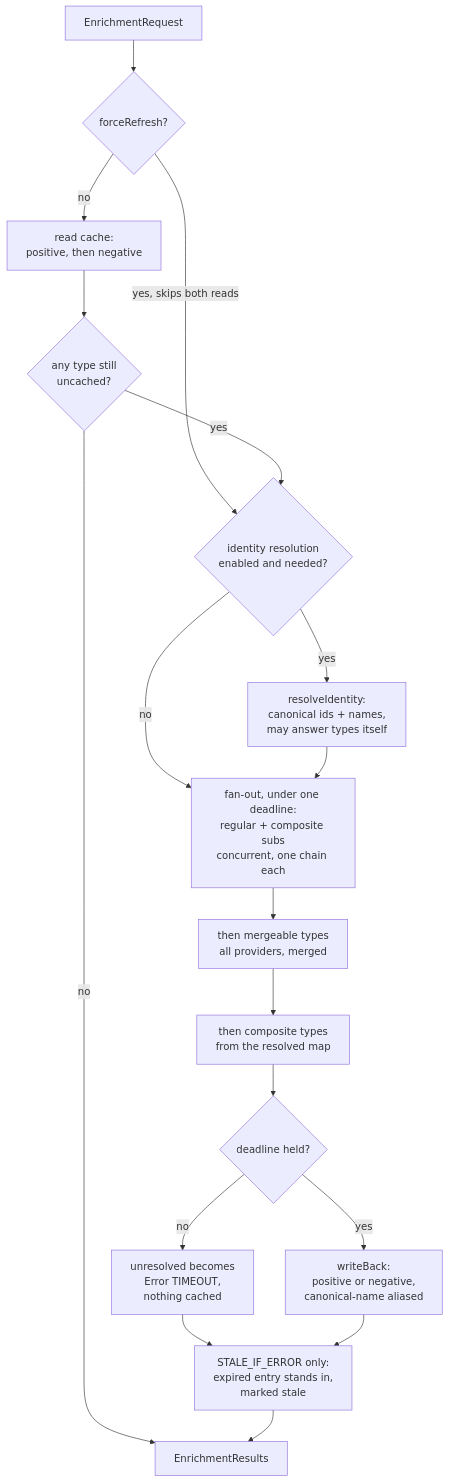
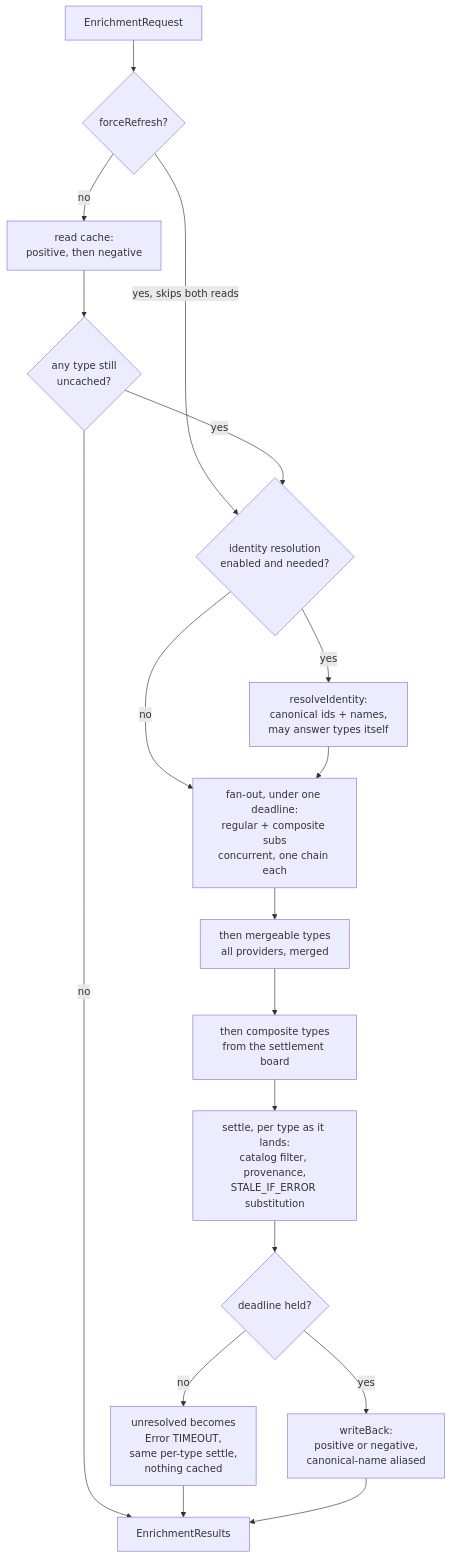
The second of 3 diagrams in ARCHITECTURE.md (famesjranko/musicmeta), drawn with Mermaid before and after one commit. The commit also changed other lines of this file and 7 other files, not shown here.

````diff
--- a/ARCHITECTURE.md
+++ b/ARCHITECTURE.md
@@ -95,23 +95,23 @@
 ```mermaid
 flowchart TD
     req["EnrichmentRequest"] --> force{"forceRefresh?"}
     force -->|"yes, skips both reads"| ident
     force -->|no| cacheread["read cache:<br/>positive, then negative"]
     cacheread --> anyleft{"any type still<br/>uncached?"}
     anyleft -->|no| results
     anyleft -->|yes| ident{"identity resolution<br/>enabled and needed?"}
     ident -->|no| regular
     ident -->|yes| resolve["resolveIdentity:<br/>canonical ids + names,<br/>may answer types itself"]
     resolve --> regular
 
     regular["fan-out, under one deadline:<br/>regular + composite subs<br/>concurrent, one chain each"]
     regular --> mergeable["then mergeable types<br/>all providers, merged"]
-    mergeable --> composite["then composite types<br/>from the resolved map"]
+    mergeable --> composite["then composite types<br/>from the settlement board"]
 
-    composite --> deadline{"deadline held?"}
-    deadline -->|"no"| timedout["unresolved becomes<br/>Error TIMEOUT,<br/>nothing cached"]
+    composite --> settle["settle, per type as it lands:<br/>catalog filter, provenance,<br/>STALE_IF_ERROR substitution"]
+    settle --> deadline{"deadline held?"}
+    deadline -->|"no"| timedout["unresolved becomes<br/>Error TIMEOUT,<br/>same per-type settle,<br/>nothing cached"]
     deadline -->|yes| writeback["writeBack:<br/>positive or negative,<br/>canonical-name aliased"]
-    timedout --> stale
-    writeback --> stale["STALE_IF_ERROR only:<br/>expired entry stands in,<br/>marked stale"]
-    stale --> results["EnrichmentResults"]
+    timedout --> results
+    writeback --> results["EnrichmentResults"]
 ```
````
